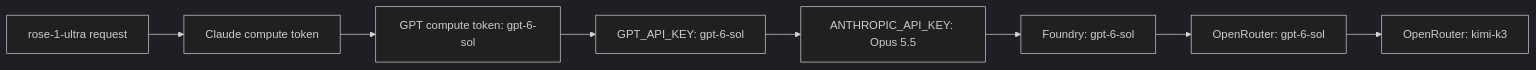
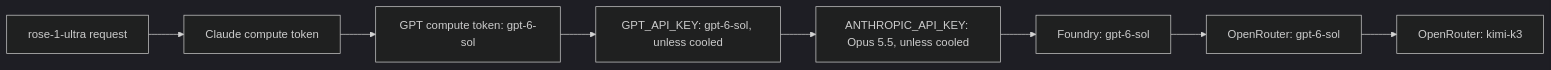
Before and after one commit to andyprevalsky/agent-06b3f019: the diagram in docs/foundry-fallback.md, drawn with Mermaid (dark theme). The commit also changed other lines of this file and 13 other files, not shown here.

Commit message:
Cool shared GPT key on credit exhaustion before Foundry

````diff
--- a/docs/foundry-fallback.md
+++ b/docs/foundry-fallback.md
@@ -10,10 +10,10 @@
 ```mermaid
 flowchart LR
   A[rose-1-ultra request] --> B[Claude compute token]
   B --> C[GPT compute token: gpt-6-sol]
-  C --> D[GPT_API_KEY: gpt-6-sol]
-  D --> E[ANTHROPIC_API_KEY: Opus 5.5]
+  C --> D[GPT_API_KEY: gpt-6-sol, unless cooled]
+  D --> E[ANTHROPIC_API_KEY: Opus 5.5, unless cooled]
   E --> F[Foundry: gpt-6-sol]
   F --> G[OpenRouter: gpt-6-sol]
   G --> H[OpenRouter: kimi-k3]
 ```
````
